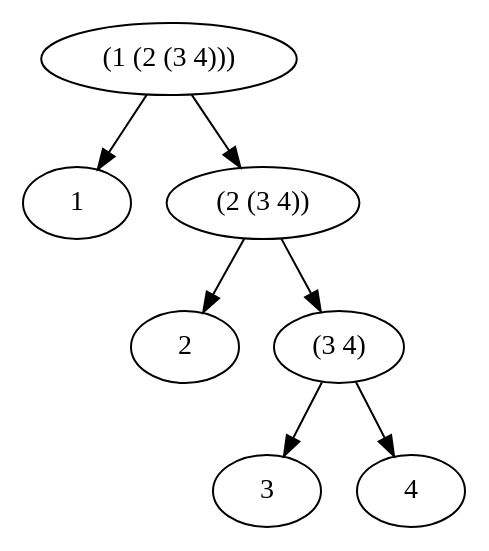
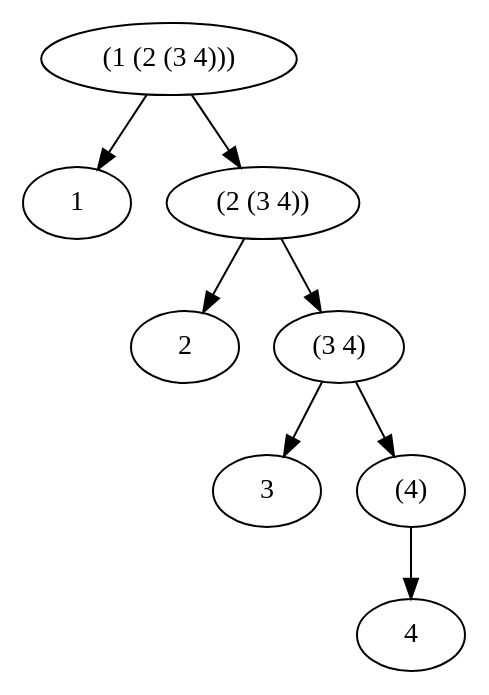
The diagram in 2/2.24.dot (vimtaku/sicp), drawn with Graphviz before and after one commit. The commit also changed 3 other files, not shown here.

```diff
--- a/2/2.24.dot
+++ b/2/2.24.dot
@@ -1,9 +1,10 @@
 
 digraph sample {
   "(1 (2 (3 4)))" -> "1";
   "(1 (2 (3 4)))" -> "(2 (3 4))";
   "(2 (3 4))" ->  "2"
   "(2 (3 4))" ->  "(3 4)"
   "(3 4)" ->  "3"
-  "(3 4)" ->  "4"
+  "(3 4)" ->  "(4)"
+  "(4)" ->  "4"
 }
```
